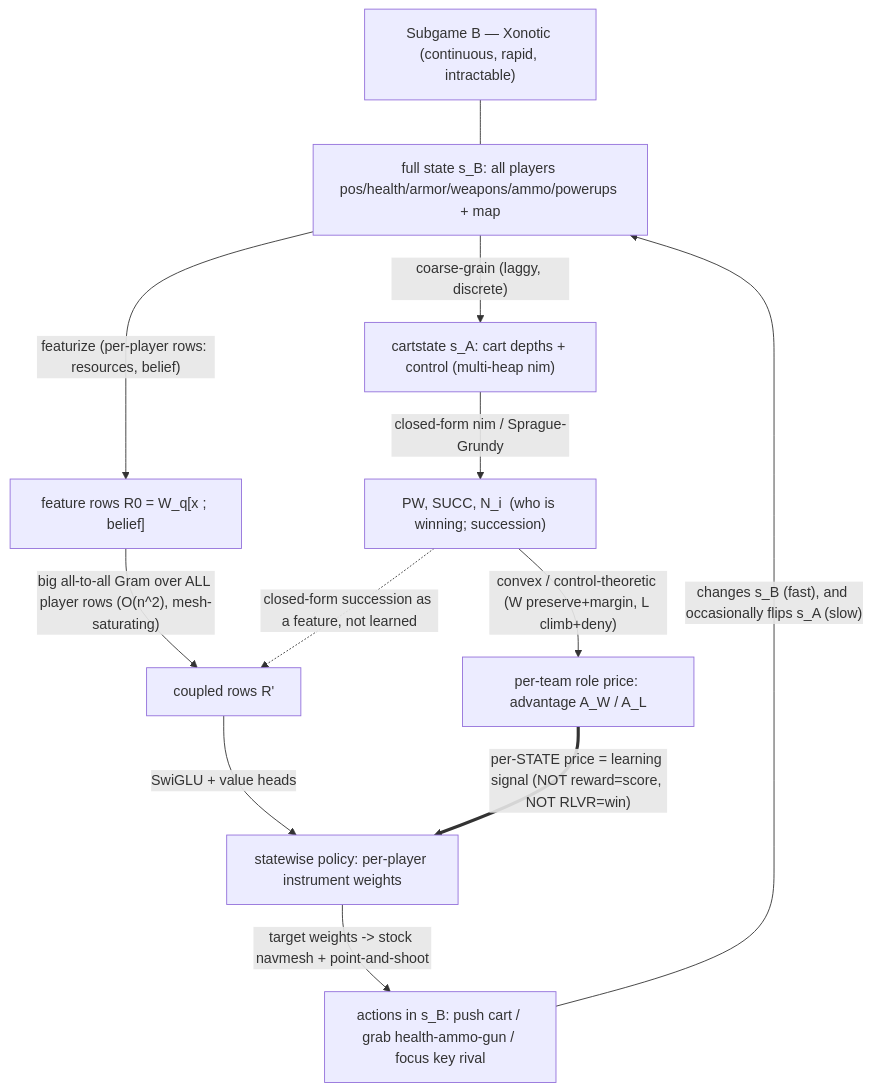
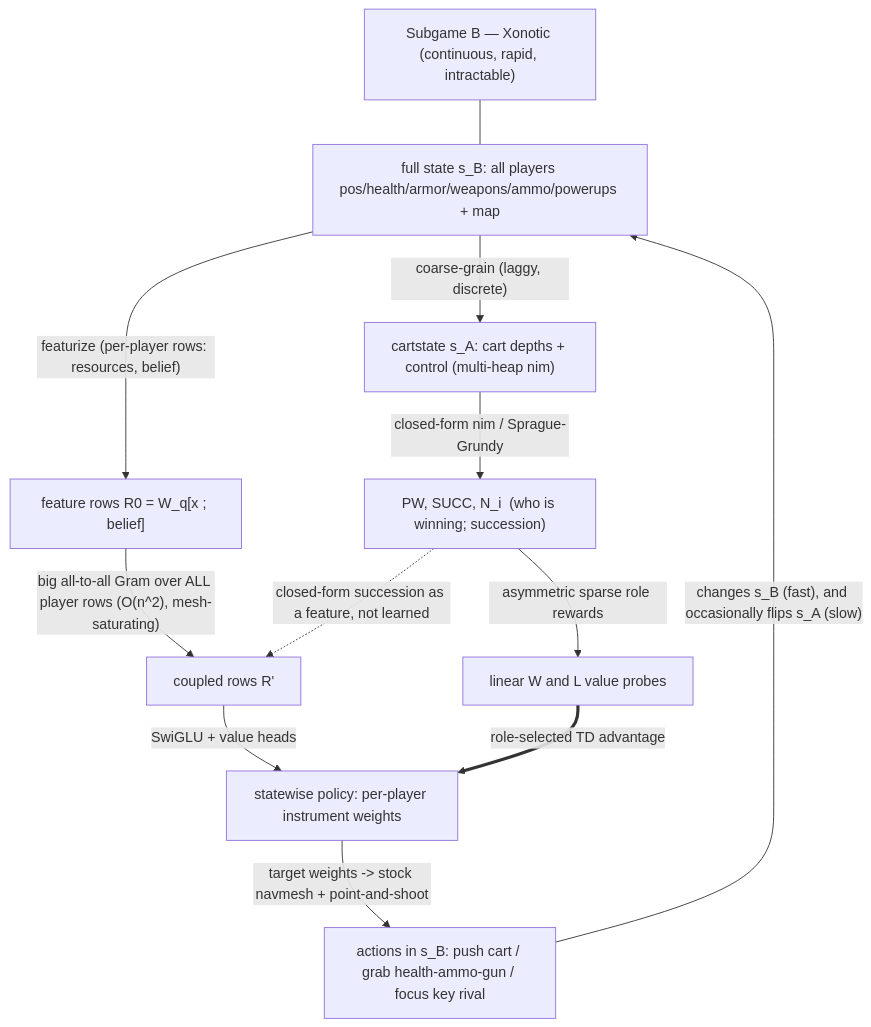
Before and after one commit to SQCU/mesh: the diagram in design/MULTISCALE.md, drawn with Mermaid. The commit also changed other lines of this file and 11 other files, not shown here.

````diff
--- a/design/MULTISCALE.md
+++ b/design/MULTISCALE.md
@@ -132,21 +121,21 @@
 ```mermaid
 flowchart TD
   subgraphB["Subgame B — Xonotic (continuous, rapid, intractable)"]
   X["full state s_B: all players pos/health/armor/weapons/ammo/powerups + map"]
   subgraphB --- X
 
   X -- "coarse-grain (laggy, discrete)" --> C["cartstate s_A: cart depths + control (multi-heap nim)"]
   X -- "featurize (per-player rows: resources, belief)" --> F["feature rows R0 = W_q[x ; belief]"]
 
   C -- "closed-form nim / Sprague-Grundy" --> PW["PW, SUCC, N_i  (who is winning; succession)"]
-  PW -- "convex / control-theoretic (W preserve+margin, L climb+deny)" --> ADV["per-team role price: advantage A_W / A_L"]
+  PW -- "asymmetric sparse role rewards" --> VAL["linear W and L value probes"]
 
   F -- "big all-to-all Gram over ALL player rows (O(n^2), mesh-saturating)" --> G["coupled rows R'"]
   PW -. "closed-form succession as a feature, not learned" .-> G
   G -- "SwiGLU + value heads" --> POL["statewise policy: per-player instrument weights"]
 
-  ADV == "per-STATE price = learning signal (NOT reward=score, NOT RLVR=win)" ==> POL
+  VAL == "role-selected TD advantage" ==> POL
 
   POL -- "target weights -> stock navmesh + point-and-shoot" --> ACT["actions in s_B: push cart / grab health-ammo-gun / focus key rival"]
   ACT -- "changes s_B (fast), and occasionally flips s_A (slow)" --> X
 ```
````
